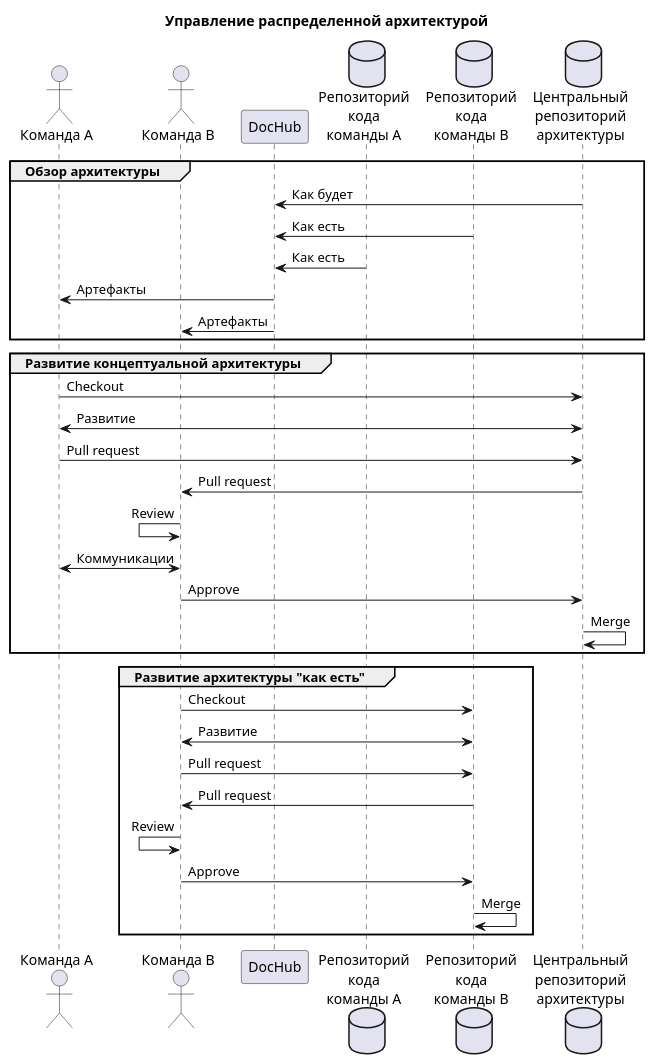
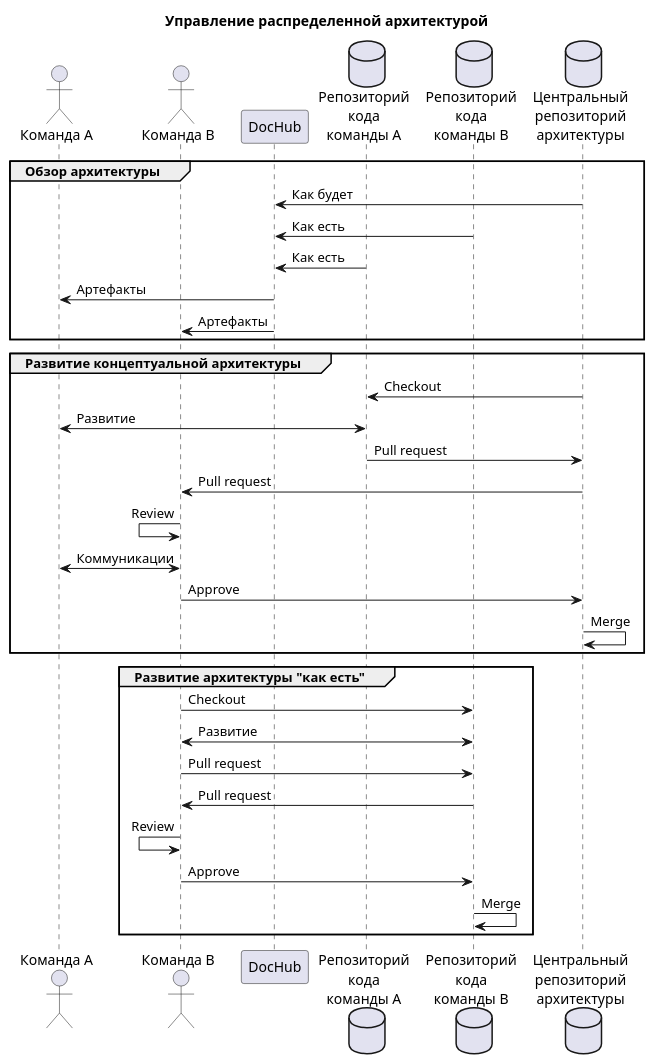
The diagram in public/docs/conception/archdistrib.puml (ypolosov/DocHub), drawn with PlantUML before and after one commit. The commit also changed 3 other files, not shown here.

```diff
--- a/public/docs/conception/archdistrib.puml
+++ b/public/docs/conception/archdistrib.puml
@@ -1,38 +1,38 @@
 @startuml
 title Управление распределенной архитектурой
 actor "Команда А" as team_a
 actor "Команда B" as team_b
 participant "DocHub" as dochub
 database "Репозиторий\nкода\nкоманды A" as repo_a
 database "Репозиторий\nкода\nкоманды B" as repo_b
 database "Центральный\nрепозиторий\nархитектуры" as repo_main
 group Обзор архитектуры
     dochub <- repo_main: Как будет
     dochub <- repo_b: Как есть
     dochub <- repo_a: Как есть
     team_a <- dochub: Артефакты
     team_b <- dochub: Артефакты
 end
 
 group Развитие концептуальной архитектуры
-    team_a -> repo_main: Checkout
-    team_a <-> repo_main: Развитие
-    team_a -> repo_main: Pull request
+    repo_a <- repo_main: Checkout
+    team_a <-> repo_a: Развитие
+    repo_a -> repo_main: Pull request
     team_b <- repo_main: Pull request
     team_b <- team_b: Review
     team_a <-> team_b: Коммуникации
     team_b -> repo_main: Approve
     repo_main -> repo_main: Merge
 end
 
 group Развитие архитектуры "как есть"
     team_b -> repo_b: Checkout
     team_b <-> repo_b: Развитие
     team_b -> repo_b: Pull request
     team_b <- repo_b: Pull request
     team_b <- team_b: Review
     team_b -> repo_b: Approve
     repo_b -> repo_b: Merge
 end
 
 @enduml
```
